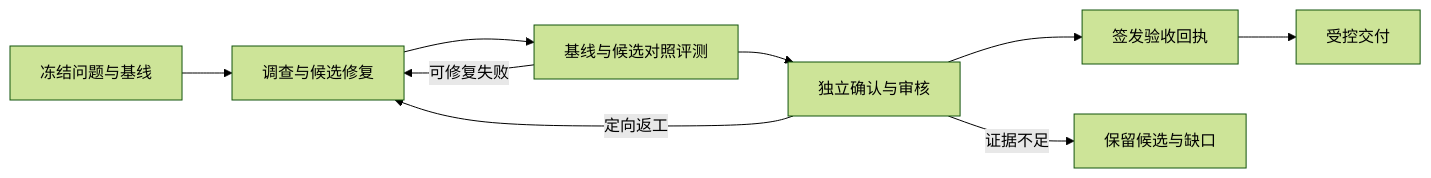
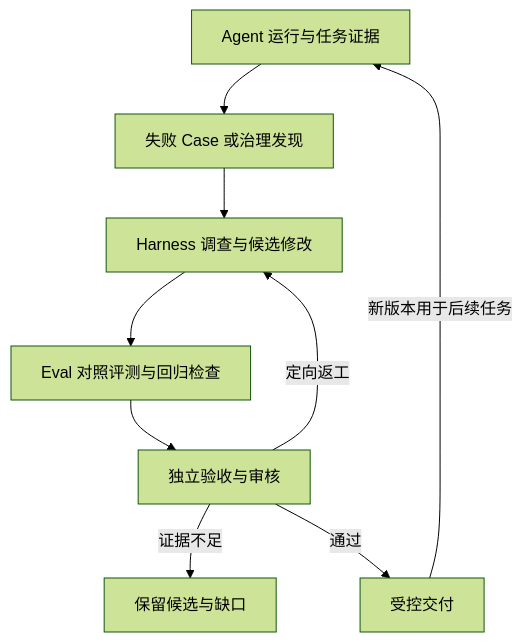
The second of 2 diagrams in README.md (Ling-ye/AgentStrata), drawn with Mermaid (forest theme) before and after one commit. The commit also changed other lines of this file and 10 other files, not shown here.

````diff
--- a/README.md
+++ b/README.md
@@ -22,11 +88,11 @@
 ```mermaid
-flowchart LR
-    P[冻结问题与基线] --> R[调查与候选修复]
-    R --> E[基线与候选对照评测]
-    E --> A[独立确认与审核]
-    A --> C[签发验收回执]
-    C --> D[受控交付]
-    E -- 可修复失败 --> R
-    A -- 定向返工 --> R
-    A -- 证据不足 --> H[保留候选与缺口]
+flowchart TB
+    R[Agent 运行与任务证据] --> P[失败 Case 或治理发现]
+    P --> H[Harness 调查与候选修改]
+    H --> E[Eval 对照评测与回归检查]
+    E --> A[独立验收与审核]
+    A -- 定向返工 --> H
+    A -- 证据不足 --> G[保留候选与缺口]
+    A -- 通过 --> D[受控交付]
+    D -- 新版本用于后续任务 --> R
 ```
````
